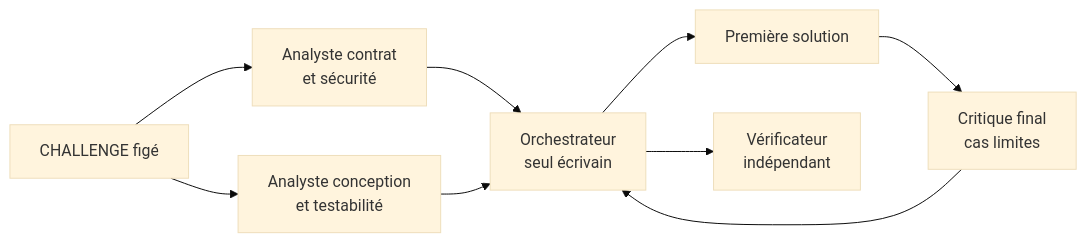
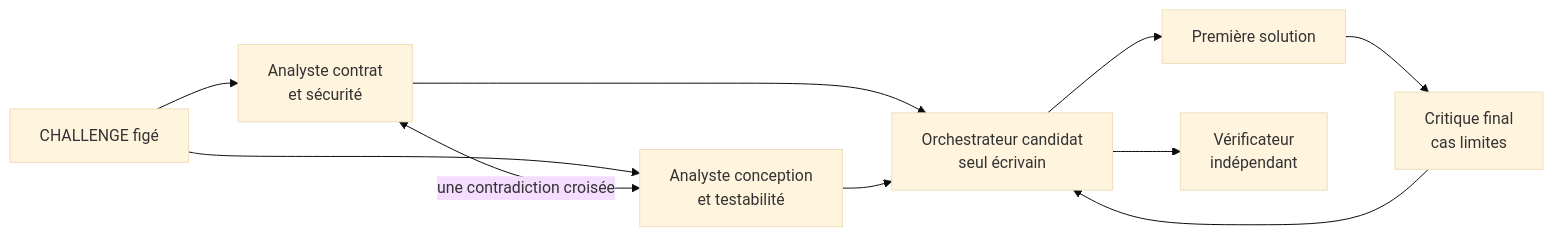
The diagram in governance/V2_PROTOCOL.md (ERICRAC/AgentBench-2026), drawn with Mermaid (base theme) before and after one commit. The commit also changed other lines of this file and 24 other files, not shown here.

````diff
--- a/governance/V2_PROTOCOL.md
+++ b/governance/V2_PROTOCOL.md
@@ -35,11 +86,12 @@
 ```mermaid
 flowchart LR
     C[CHALLENGE figé] --> A[Analyste contrat<br/>et sécurité]
     C --> B[Analyste conception<br/>et testabilité]
-    A --> O[Orchestrateur<br/>seul écrivain]
+    A <-->|une contradiction croisée| B
+    A --> O[Orchestrateur candidat<br/>seul écrivain]
     B --> O
     O --> S[Première solution]
     S --> R[Critique final<br/>cas limites]
     R --> O
     O --> V[Vérificateur<br/>indépendant]
 ```
````
